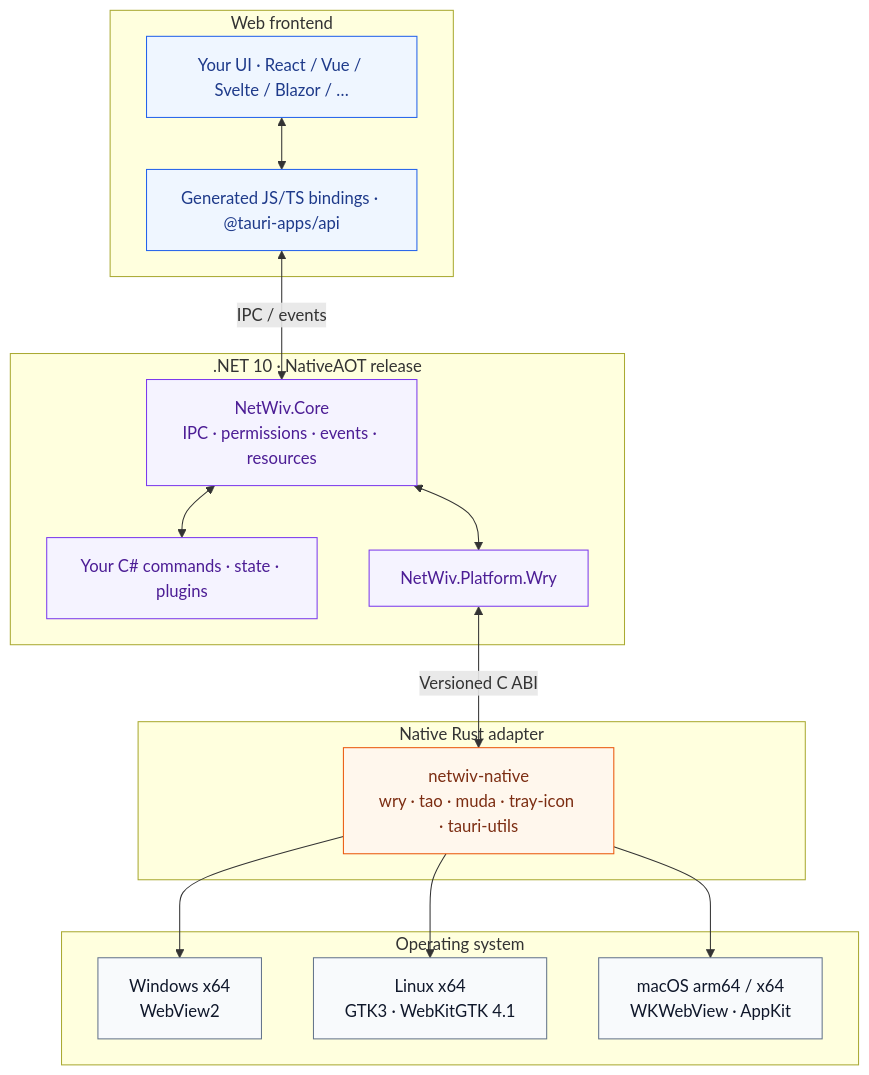
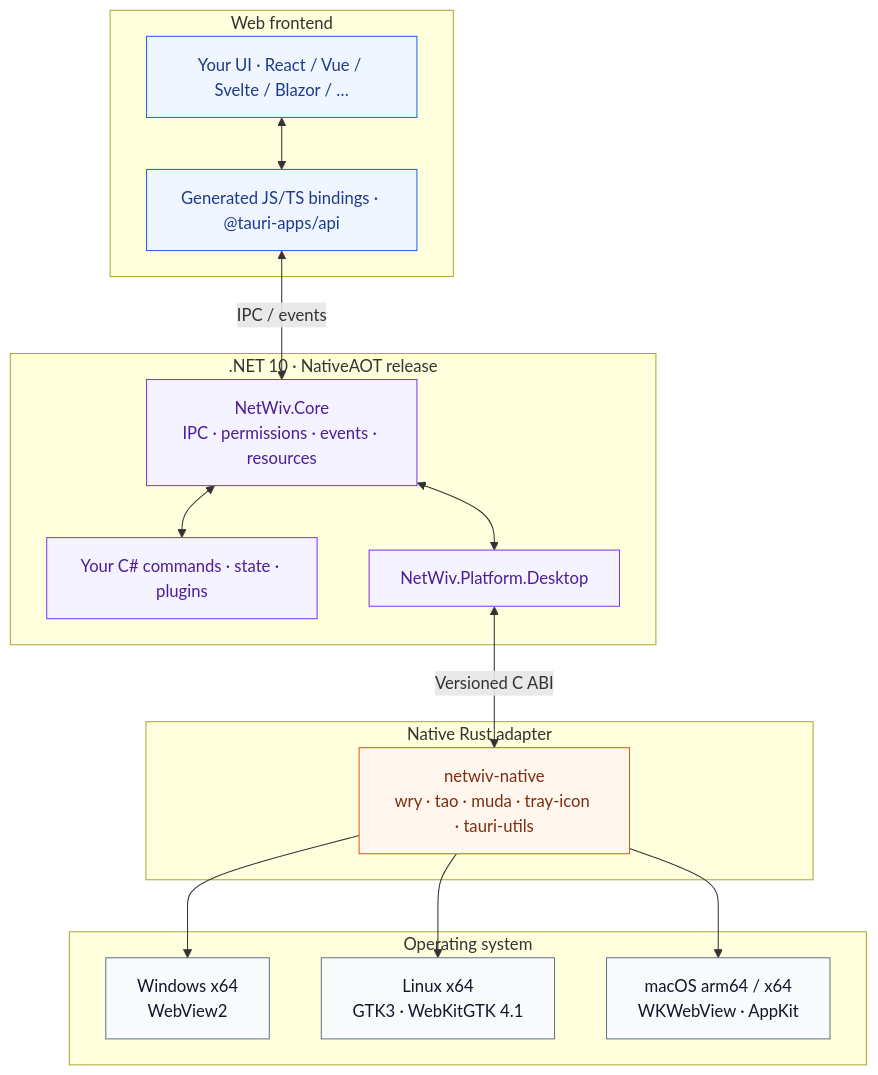
The diagram in README.md (kim0522ms/NetWiv), drawn with Mermaid before and after one commit. The commit also changed other lines of this file and 97 other files, not shown here.

Commit message:
Clarify NetWiv runtime identity and preserve upstream attribution

````diff
--- a/README.md
+++ b/README.md
@@ -89,41 +94,41 @@
 ```mermaid
 flowchart TB
     subgraph frontend["Web frontend"]
         UI["Your UI · React / Vue / Svelte / Blazor / …"]
         Guest["Generated JS/TS bindings · @tauri-apps/api"]
         UI <--> Guest
     end
 
     subgraph managed[".NET 10 · NativeAOT release"]
         Core["NetWiv.Core<br/>IPC · permissions · events · resources"]
         App["Your C# commands · state · plugins"]
-        Adapter["NetWiv.Platform.Wry"]
+        Adapter["NetWiv.Platform.Desktop"]
         Core <--> App
         Core <--> Adapter
     end
 
     subgraph native["Native Rust adapter"]
         Runtime["netwiv-native<br/>wry · tao · muda · tray-icon · tauri-utils"]
     end
 
     subgraph platform["Operating system"]
         Windows["Windows x64<br/>WebView2"]
         Linux["Linux x64<br/>GTK3 · WebKitGTK 4.1"]
         Mac["macOS arm64 / x64<br/>WKWebView · AppKit"]
     end
 
     Guest <-->|IPC / events| Core
     Adapter <-->|Versioned C ABI| Runtime
     Runtime --> Windows
     Runtime --> Linux
     Runtime --> Mac
 
     classDef web fill:#eff6ff,stroke:#2563eb,color:#1e3a8a
     classDef dotnet fill:#f5f3ff,stroke:#7c3aed,color:#4c1d95
     classDef rust fill:#fff7ed,stroke:#ea580c,color:#7c2d12
     classDef os fill:#f8fafc,stroke:#64748b,color:#0f172a
     class UI,Guest web
     class Core,App,Adapter dotnet
     class Runtime rust
     class Windows,Linux,Mac os
 ```
````
